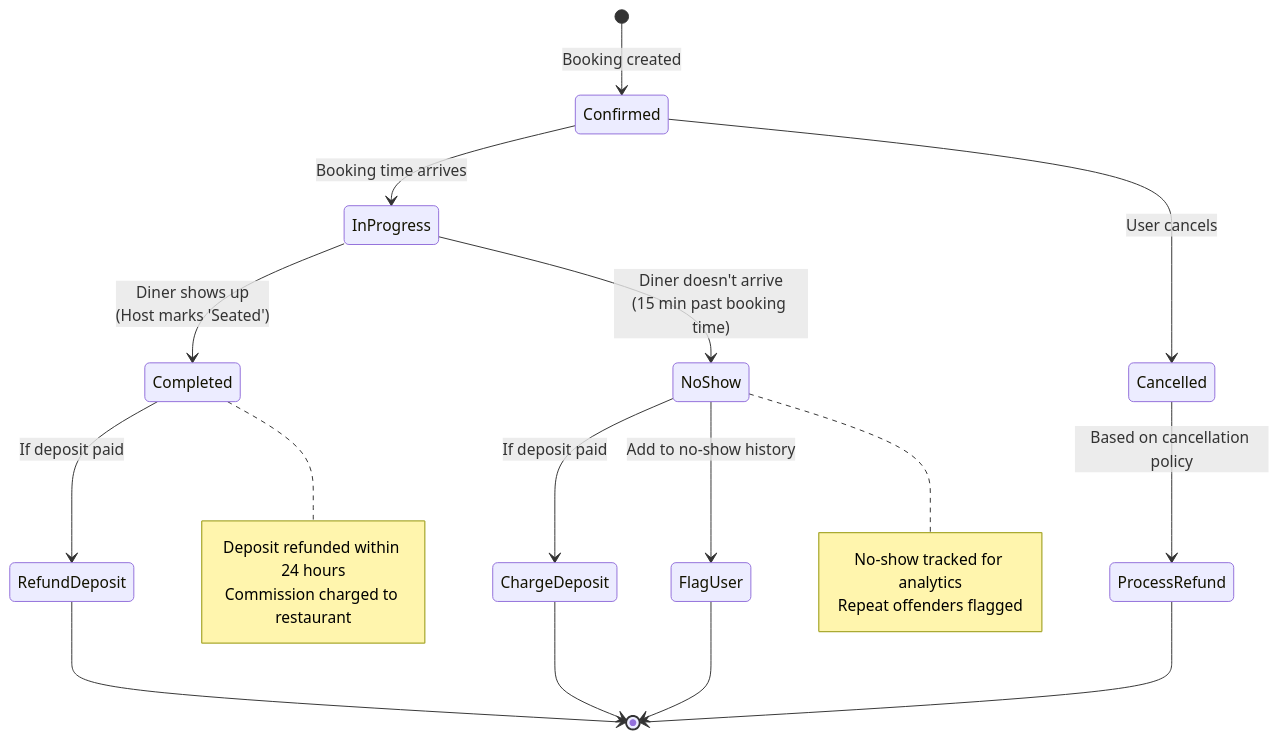
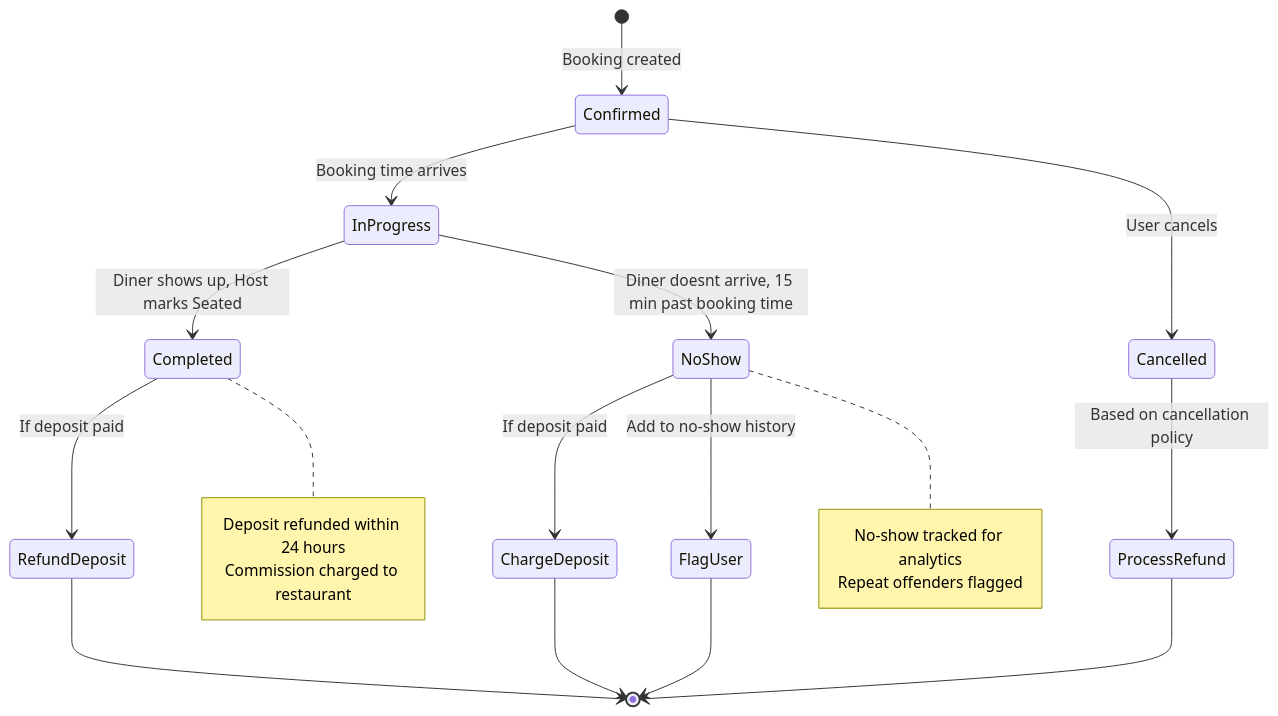
One commit to codezelaca/pm-ba-lifecycle changed the fourth of 5 diagrams in 02-reserve-easy-project/03-design/process-maps.md. Above: the diagram before and after it, drawn with Mermaid. The commit also changed other lines of this file and 11 other files, not shown here.

Commit message:
docs: standardize multi-line text formatting in diagrams and tables by replacing HTML line breaks with hyphens.

````diff
--- a/02-reserve-easy-project/03-design/process-maps.md
+++ b/02-reserve-easy-project/03-design/process-maps.md
@@ -157,30 +157,30 @@
 ```mermaid
 stateDiagram-v2
     [*] --> Confirmed: Booking created
 
     Confirmed --> InProgress: Booking time arrives
-    InProgress --> Completed: Diner shows up<br/>(Host marks 'Seated')
-    InProgress --> NoShow: Diner doesn't arrive<br/>(15 min past booking time)
+    InProgress --> Completed: Diner shows up, Host marks Seated
+    InProgress --> NoShow: Diner doesnt arrive, 15 min past booking time
 
     Completed --> RefundDeposit: If deposit paid
     RefundDeposit --> [*]
 
     NoShow --> ChargeDeposit: If deposit paid
     NoShow --> FlagUser: Add to no-show history
     ChargeDeposit --> [*]
     FlagUser --> [*]
 
     Confirmed --> Cancelled: User cancels
     Cancelled --> ProcessRefund: Based on cancellation policy
     ProcessRefund --> [*]
 
     note right of NoShow
         No-show tracked for analytics
         Repeat offenders flagged
     end note
 
     note right of Completed
         Deposit refunded within 24 hours
         Commission charged to restaurant
     end note
 ```
````
